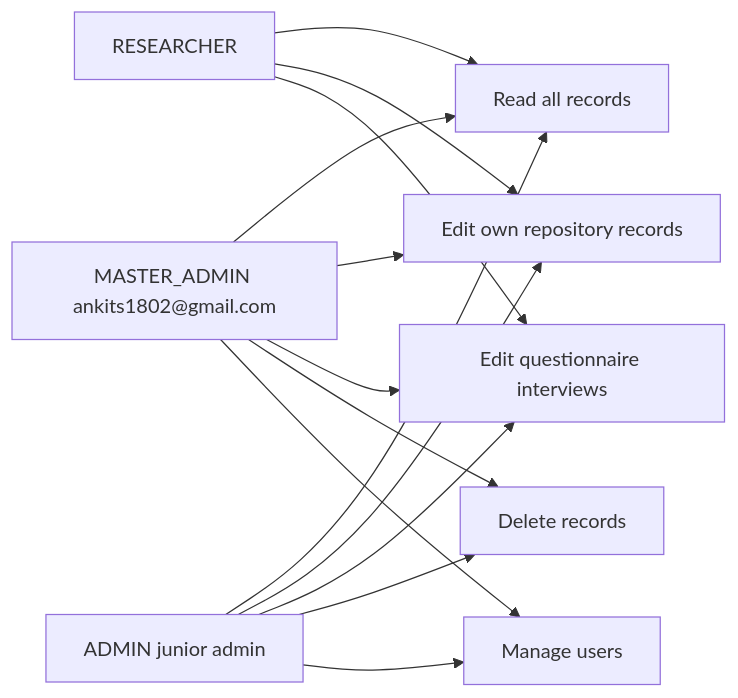
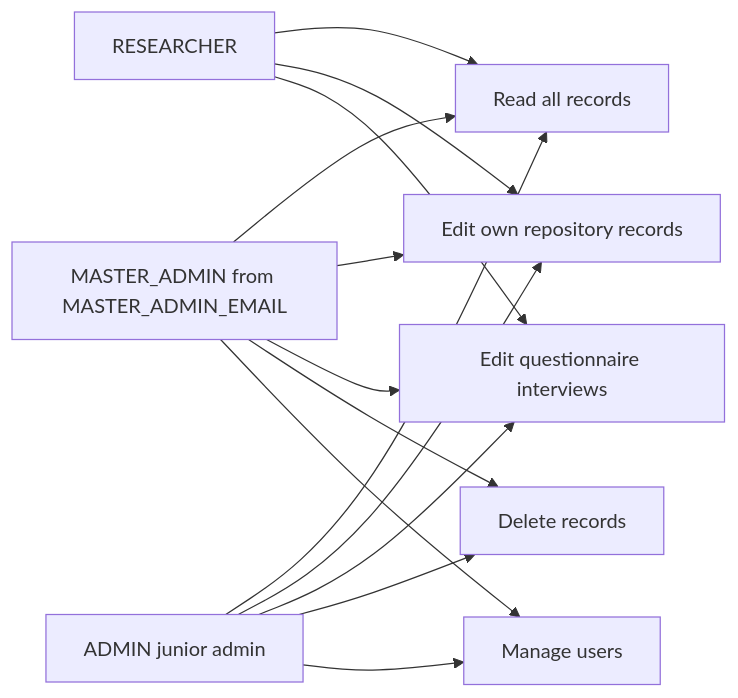
The sixth of 12 diagrams in docs/ARCHITECTURE.md (cxacraftecosystem-ui/documentation-portal), drawn with Mermaid before and after one commit. The commit also changed 33 other files, not shown here.

````diff
--- a/docs/ARCHITECTURE.md
+++ b/docs/ARCHITECTURE.md
@@ -127,25 +127,25 @@
 ```mermaid
 flowchart LR
-  master[MASTER_ADMIN ankits1802@gmail.com]
+  master[MASTER_ADMIN from MASTER_ADMIN_EMAIL]
   admin[ADMIN junior admin]
   researcher[RESEARCHER]
   read[Read all records]
   own[Edit own repository records]
   qedit[Edit questionnaire interviews]
   delete[Delete records]
   users[Manage users]
 
   master --> read
   master --> own
   master --> qedit
   master --> delete
   master --> users
   admin --> read
   admin --> own
   admin --> qedit
   admin --> delete
   admin --> users
   researcher --> read
   researcher --> own
   researcher --> qedit
 ```
````
